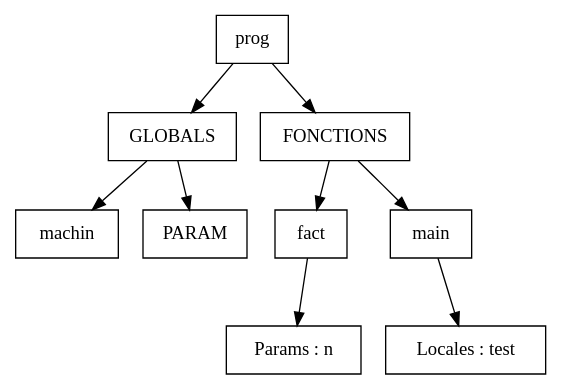
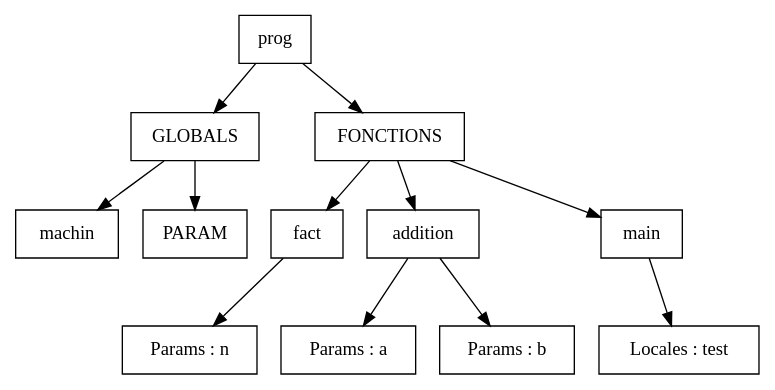
The diagram in ArbreSyntaxeAbstr.dot (PhamAlexT/Compilateur-MiniC), drawn with Graphviz before and after one commit. The commit also changed 3 other files, not shown here.

```diff
--- a/ArbreSyntaxeAbstr.dot
+++ b/ArbreSyntaxeAbstr.dot
@@ -1,21 +1,27 @@
 digraph G {
     node [shape=box];
     ratio = fill;
     nt0 [ label="prog" ]; 
 nt0 -> nt1 [ label="" ];
 nt1 [label= " GLOBALS "];
 nt2 [label=" machin "]
  nt1 -> nt2 [ label="" ];
 nt3 [label=" PARAM "]
  nt1 -> nt3 [ label="" ];
 nt0 -> nt4  [ label="" ];
 nt4 [label="FONCTIONS "];
 nt4 ->nt5 [ label="" ];
 nt5 [label= " fact "];
 nt6 [label= " Params : n "];
 nt5 -> nt6 [ label = " " ];
 nt4 ->nt10 [ label="" ];
-nt10 [label= " main "];
-nt11 [label= " Locales : test "];
+nt10 [label= " addition "];
+nt11 [label= " Params : a "];
+nt12 [label= " Params : b "];
+nt10 -> nt12 [ label = " " ];
 nt10 -> nt11 [ label = " " ];
+nt4 ->nt16 [ label="" ];
+nt16 [label= " main "];
+nt17 [label= " Locales : test "];
+nt16 -> nt17 [ label = " " ];
 }
```
